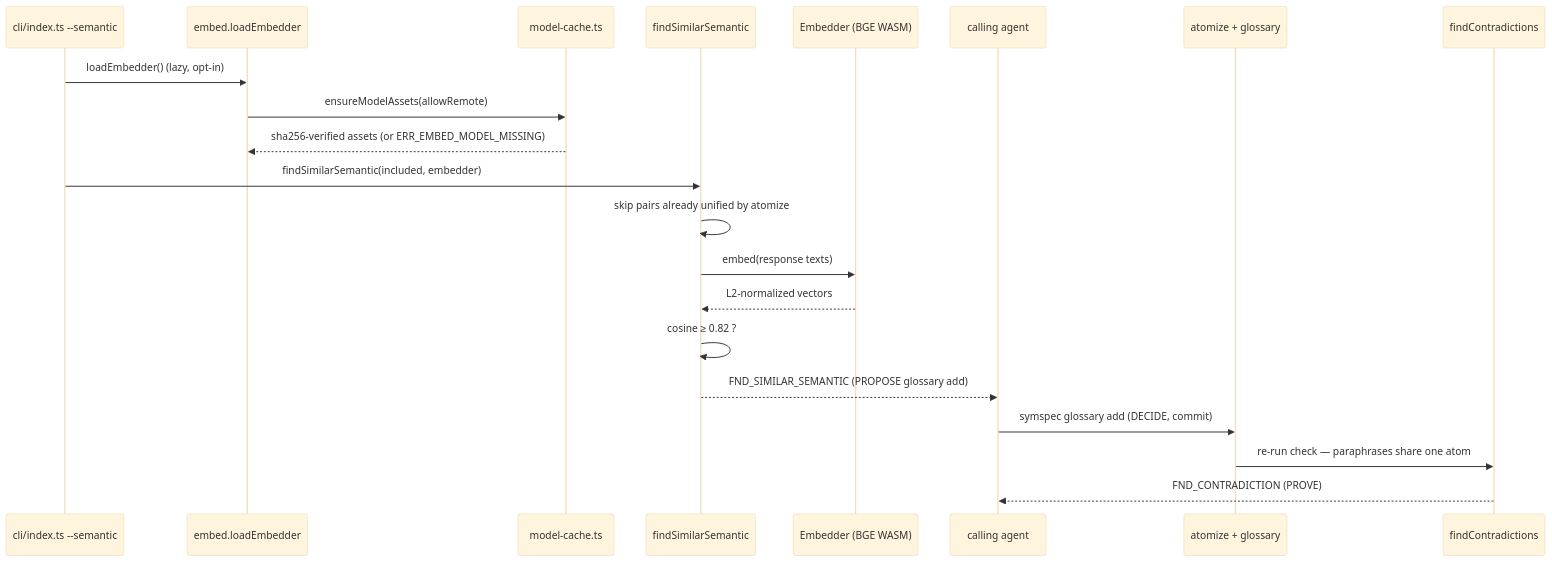
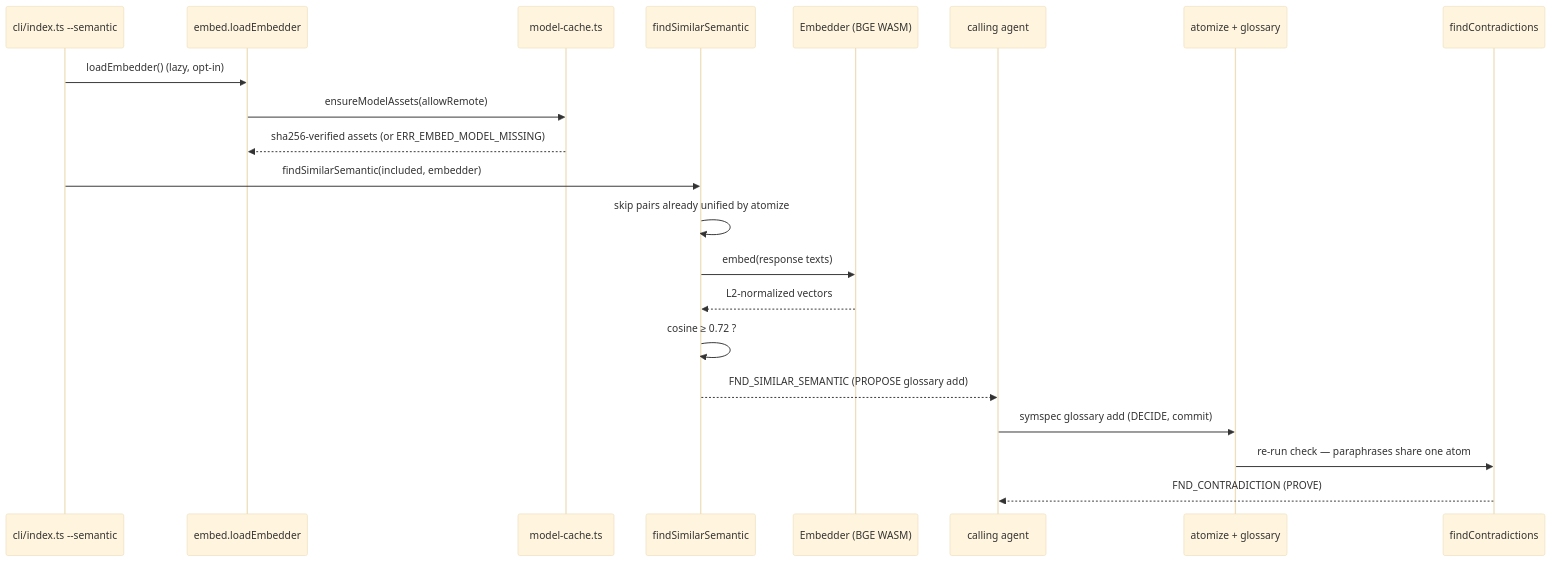
The third of 3 diagrams in docs/architecture/data-flow.md (theagenticguy/symspec), drawn with Mermaid (base theme) before and after one commit. The commit also changed other lines of this file and 50 other files, not shown here.

````diff
--- a/docs/architecture/data-flow.md
+++ b/docs/architecture/data-flow.md
@@ -81,23 +81,23 @@
 ```mermaid
 sequenceDiagram
     participant CLI as cli/index.ts --semantic
     participant Load as embed.loadEmbedder
     participant Cache as model-cache.ts
     participant Sem as findSimilarSemantic
     participant Emb as Embedder (BGE WASM)
     participant Agent as calling agent
     participant Atom as atomize + glossary
     participant SMT as findContradictions
     CLI->>Load: loadEmbedder() (lazy, opt-in)
     Load->>Cache: ensureModelAssets(allowRemote)
     Cache-->>Load: sha256-verified assets (or ERR_EMBED_MODEL_MISSING)
     CLI->>Sem: findSimilarSemantic(included, embedder)
     Sem->>Sem: skip pairs already unified by atomize
     Sem->>Emb: embed(response texts)
     Emb-->>Sem: L2-normalized vectors
-    Sem->>Sem: cosine ≥ 0.82 ?
+    Sem->>Sem: cosine ≥ 0.72 ?
     Sem-->>Agent: FND_SIMILAR_SEMANTIC (PROPOSE glossary add)
     Agent->>Atom: symspec glossary add (DECIDE, commit)
     Atom->>SMT: re-run check — paraphrases share one atom
     SMT-->>Agent: FND_CONTRADICTION (PROVE)
 ```
````
